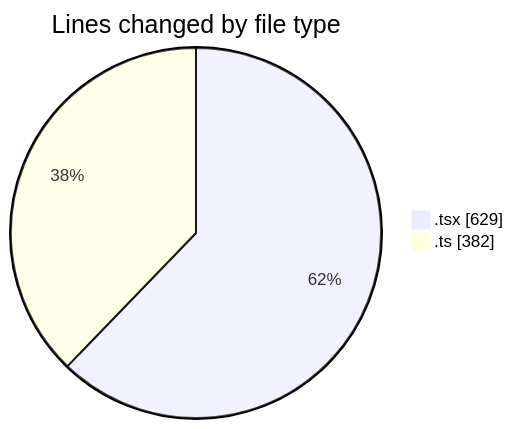
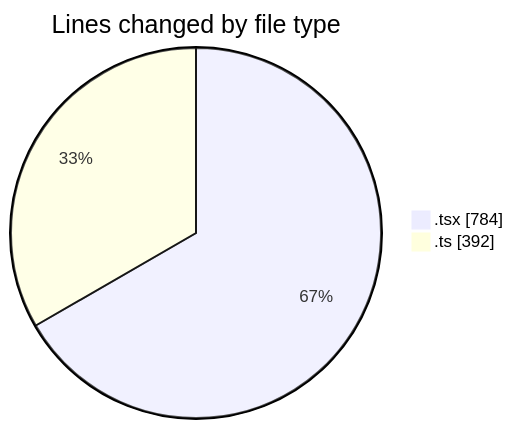
The first of 2 diagrams in 2025-03-17/audiobooks-web/README.md (robertbonfada/code-tracking), drawn with Mermaid before and after one commit. The commit also changed other lines of this file and 1 other file, not shown here.

````diff
--- a/2025-03-17/audiobooks-web/README.md
+++ b/2025-03-17/audiobooks-web/README.md
@@ -27,6 +28,6 @@
 ```mermaid
 pie showData
 title Lines changed by file type
-".tsx" : 629
-".ts" : 382
+".tsx" : 784
+".ts" : 392
 ```
````
